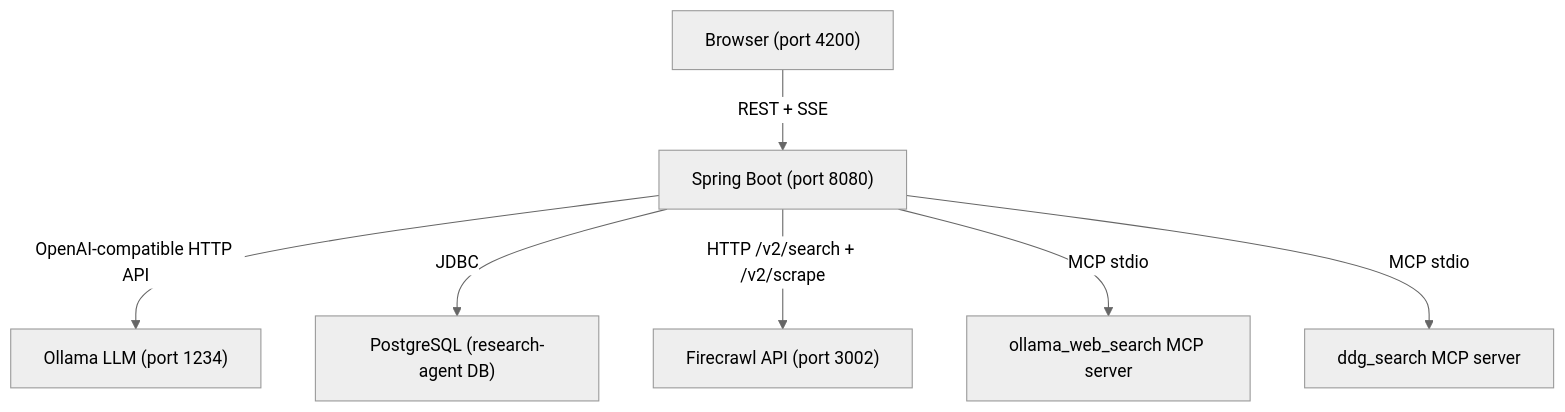
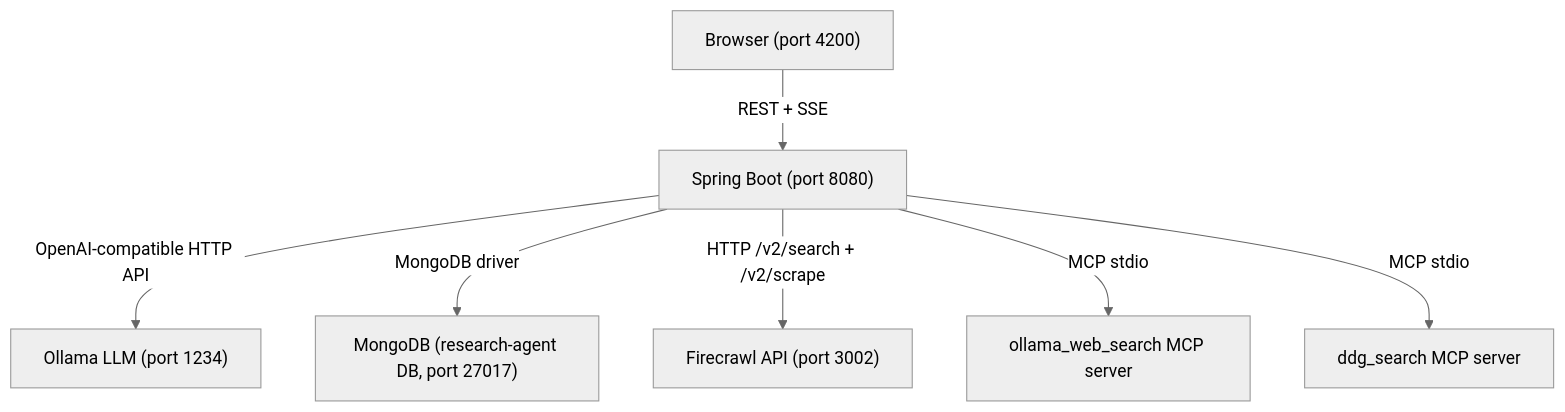
Before and after one commit to abhi-singh7/spring-ai-research-agent: the diagram in README.md, drawn with Mermaid (neutral theme). The commit also changed other lines of this file and 66 other files, not shown here.

````diff
--- a/README.md
+++ b/README.md
@@ -84,9 +85,9 @@
 ```mermaid
 graph TD
     User["Browser (port 4200)"] -->|"REST + SSE"| Backend["Spring Boot (port 8080)"]
     Backend -->|"OpenAI-compatible HTTP API"| Ollama["Ollama LLM (port 1234)"]
-    Backend -->|"JDBC"| Postgres["PostgreSQL (research-agent DB)"]
+    Backend -->|"MongoDB driver"| Mongo["MongoDB (research-agent DB, port 27017)"]
     Backend -->|"HTTP /v2/search + /v2/scrape"| Firecrawl["Firecrawl API (port 3002)"]
     Backend -->|"MCP stdio"| WebSearch["ollama_web_search MCP server"]
     Backend -->|"MCP stdio"| DDG["ddg_search MCP server"]
 ```
````
